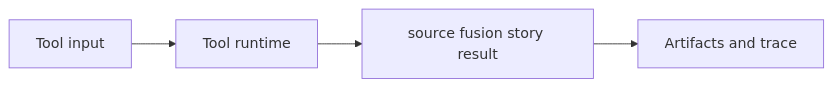
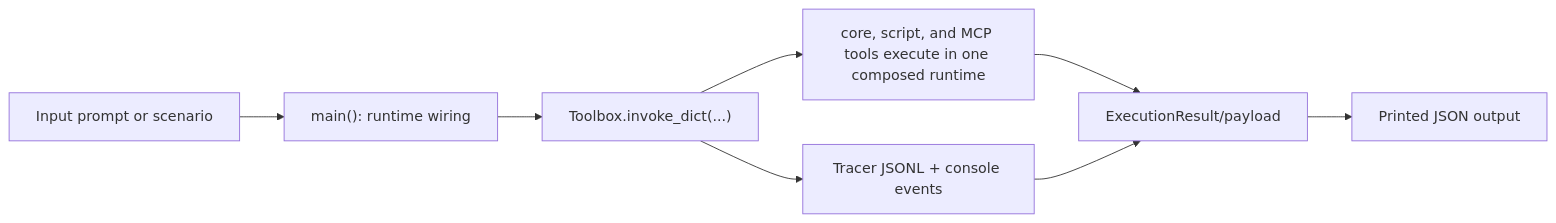
Before and after one commit to cmudrc/design-research-agents: the diagram in docs/examples/tools/source_fusion_story.rst, drawn with Mermaid. The commit also changed other lines of this file and 83 other files, not shown here.

```diff
--- a/docs/examples/tools/source_fusion_story.rst
+++ b/docs/examples/tools/source_fusion_story.rst
@@ -21,6 +21,10 @@
 .. mermaid::
 
    flowchart LR
-       A["Tool input"] --> B["Tool runtime"]
-       B --> C["source fusion story result"]
-       C --> D["Artifacts and trace"]
+       A["Input prompt or scenario"] --> B["main(): runtime wiring"]
+       B --> C["Toolbox.invoke_dict(...)"]
+       C --> D["core, script, and MCP tools execute in one composed runtime"]
+       C --> E["Tracer JSONL + console events"]
+       D --> F["ExecutionResult/payload"]
+       E --> F
+       F --> G["Printed JSON output"]
```
